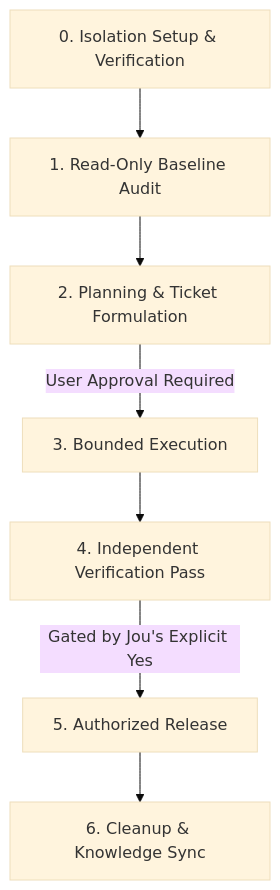
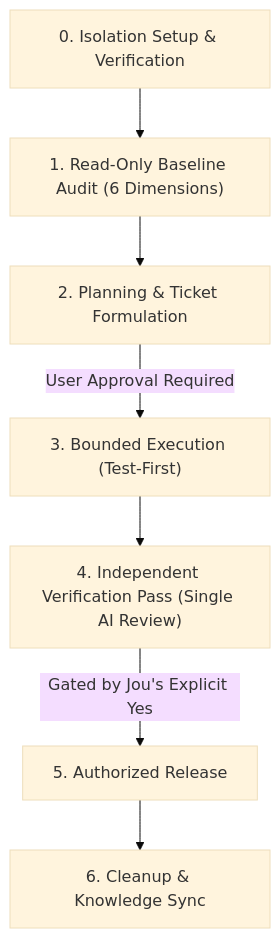
One commit to Jooubie/Audit-skill changed the diagram in SKILL.md. Above: the diagram before and after it, drawn with Mermaid (base theme). The commit also changed other lines of this file and 32 other files, not shown here.

````diff
--- a/SKILL.md
+++ b/SKILL.md
@@ -24,9 +24,9 @@
 ```mermaid
 flowchart TD
-    P0["0. Isolation Setup & Verification"] --> P1["1. Read-Only Baseline Audit"]
+    P0["0. Isolation Setup & Verification"] --> P1["1. Read-Only Baseline Audit (6 Dimensions)"]
     P1 --> P2["2. Planning & Ticket Formulation"]
-    P2 -->|User Approval Required| P3["3. Bounded Execution"]
-    P3 --> P4["4. Independent Verification Pass"]
+    P2 -->|User Approval Required| P3["3. Bounded Execution (Test-First)"]
+    P3 --> P4["4. Independent Verification Pass (Single AI Review)"]
     P4 -->|Gated by Jou's Explicit Yes| P5["5. Authorized Release"]
     P5 --> P6["6. Cleanup & Knowledge Sync"]
 ```
````
